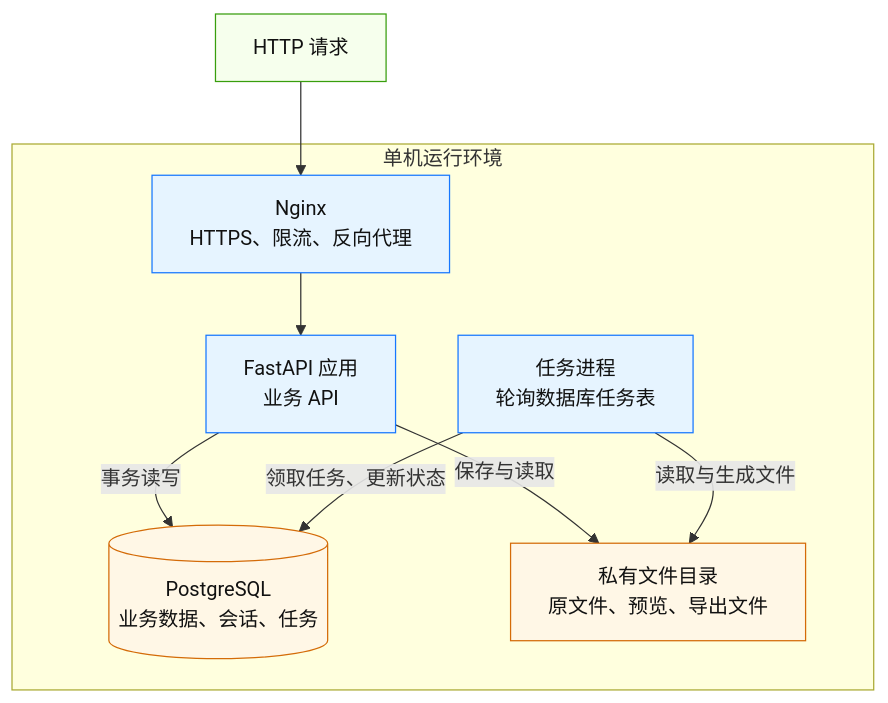
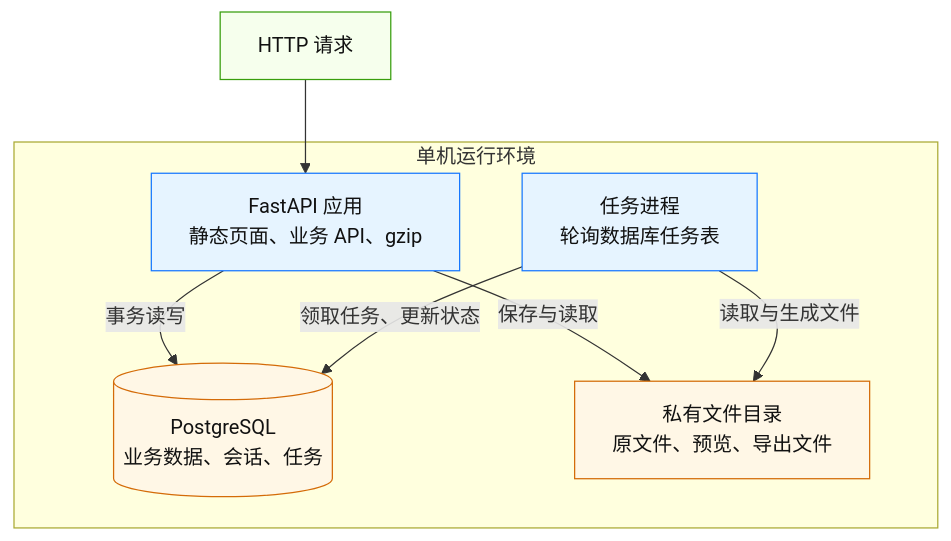
The second of 5 diagrams in docs/系统架构设计.md (jackli5541/rjgc-zy-system), drawn with Mermaid before and after one commit. The commit also changed other lines of this file and 11 other files, not shown here.

Commit message:
feat: serve frontend from FastAPI

````diff
--- a/docs/系统架构设计.md
+++ b/docs/系统架构设计.md
@@ -60,23 +60,22 @@
 ```mermaid
 flowchart TB
-    Request["HTTP 请求"] --> Nginx["Nginx<br/>HTTPS、限流、反向代理"]
+    Request["HTTP 请求"] --> API["FastAPI 应用<br/>静态页面、业务 API、gzip"]
 
     subgraph Server["单机运行环境"]
-        Nginx --> API["FastAPI 应用<br/>业务 API"]
         Runner["任务进程<br/>轮询数据库任务表"]
         DB[("PostgreSQL<br/>业务数据、会话、任务")]
         FileDir["私有文件目录<br/>原文件、预览、导出文件"]
 
         API -->|事务读写| DB
         API -->|保存与读取| FileDir
         Runner -->|领取任务、更新状态| DB
         Runner -->|读取与生成文件| FileDir
     end
 
     classDef entry fill:#f6ffed,stroke:#389e0d,color:#111;
     classDef service fill:#e6f4ff,stroke:#1677ff,color:#111;
     classDef data fill:#fff7e6,stroke:#d46b08,color:#111;
     class Request entry;
-    class Nginx,API,Runner service;
+    class API,Runner service;
     class DB,FileDir data;
 ```
````
